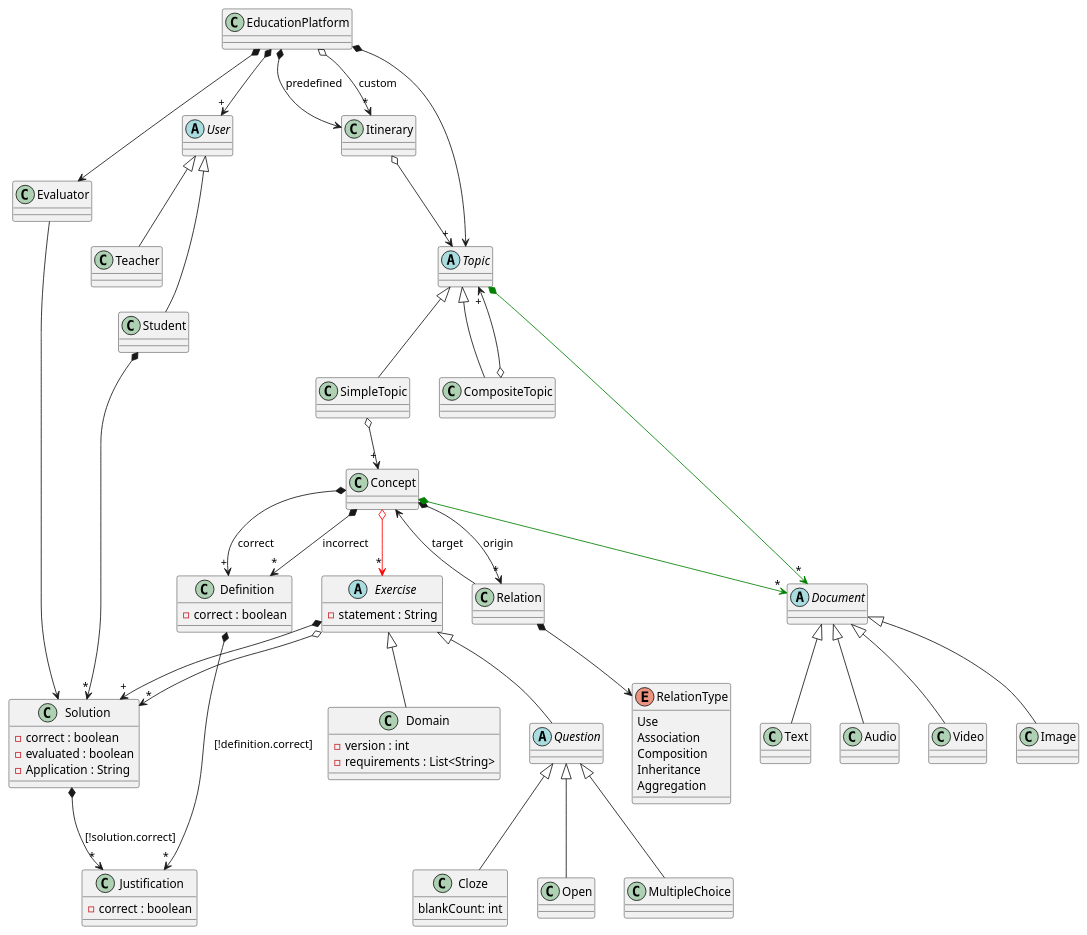
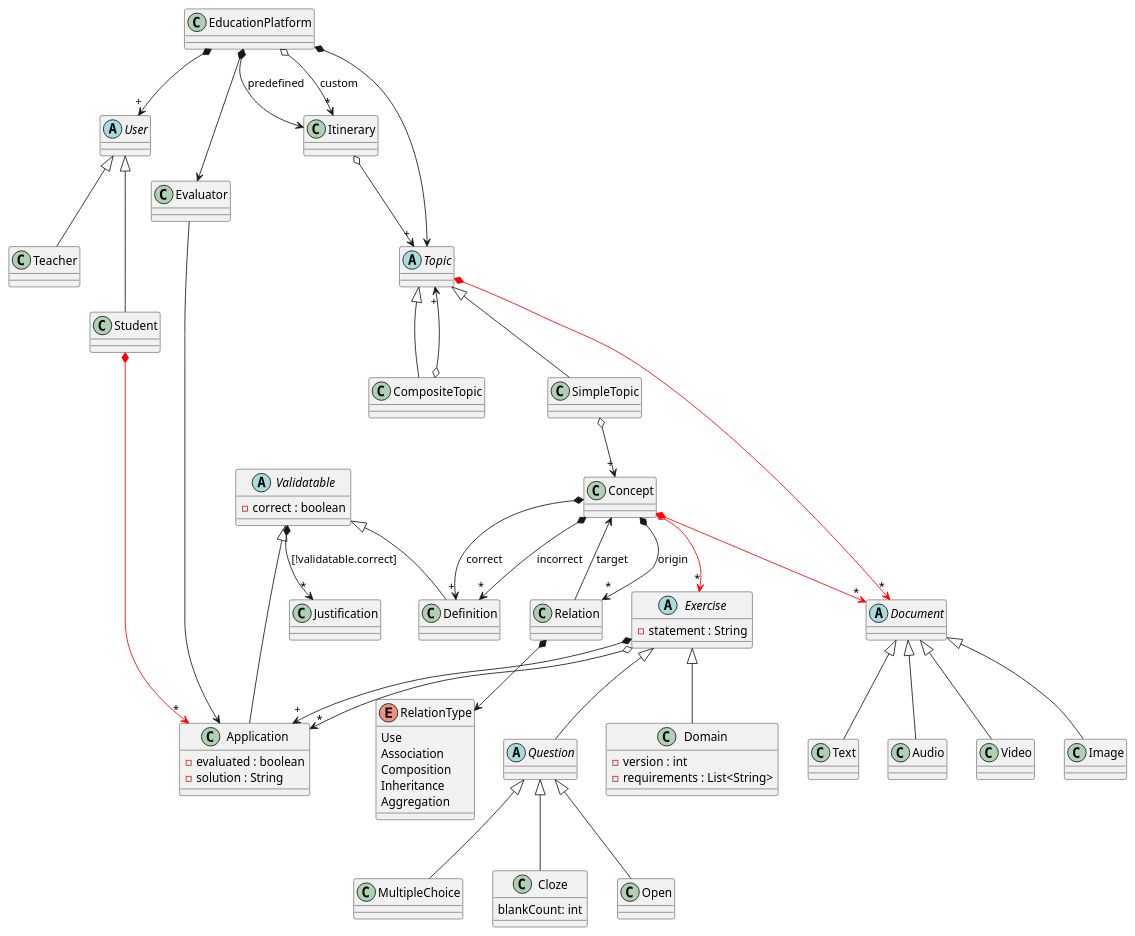
The diagram in Diagrams/EducationPlatform/Domain.puml (jumpering/lab-turing), drawn with PlantUML before and after one commit. The commit also changed 1 other file, not shown here.

```diff
--- a/Diagrams/EducationPlatform/Domain.puml
+++ b/Diagrams/EducationPlatform/Domain.puml
@@ -1,119 +1,124 @@
 @startuml EducationPlatformDomain
 
 EducationPlatform *--> "+" User
 EducationPlatform *--> Topic
 EducationPlatform *--> Itinerary : predefined
 EducationPlatform o--> "*" Itinerary : custom
 EducationPlatform *--> Evaluator
 'EducationPlatform *--> ConceptGraph
 
 abstract User{
 }
 
 User <|-- Teacher
 User <|-- Student
-'User *-->"+" Solution
+'User *-->"+" Application
 
 class Teacher{
 }
 
 class Student{
 }
-Student *--> "*" Solution
+Student *-[#red]-> "*" Application
 'Student --> Itinerary
 
 class Evaluator{
 }
-Evaluator --> Solution
+Evaluator --> Application
 
 class Itinerary {
 }
 Itinerary o--> "+" Topic
 
 class Definition {
-    - correct : boolean
+    '- correct : boolean
 }
-Definition *--> "*" Justification:[!definition.correct]
 
 class Justification {
-    - correct : boolean
+    '- correct : boolean
 }
 
 class Domain {
     - version : int
     - requirements : List<String>
 }
 
 abstract Exercise {
     - statement : String
 }
 Exercise <|-down- Domain
 Exercise <|-down- Question
-Exercise *-->"+" Solution
-Exercise o-->"*" Solution
+Exercise *-->"+" Application
+Exercise o-->"*" Application
 
 abstract Question{
 }
 Question <|-- MultipleChoice
 Question <|-- Cloze
 Question <|-- Open
 
 class Cloze{
     blankCount: int
 }
   
 class MultipleChoice{
 }
 
-class Solution{
+class Application{
+    '- correct : boolean
+    - evaluated : boolean
+    - solution : String
+}
+
+abstract Validatable{
     - correct : boolean
-    - evaluated : boolean
-    - Application : String
 }
-Solution *--> "*" Justification:[!solution.correct]
+Validatable <|-- Application
+Validatable <|-- Definition
+Validatable *--> "*" Justification:[!validatable.correct]
 
 abstract Topic{
 }
-Topic *-[#green]-> "*" Document
+Topic *-[#red]-> "*" Document
 Topic <|-- CompositeTopic
 Topic <|-- SimpleTopic
 
 class SimpleTopic{
 }
 SimpleTopic o--> "+" Concept
 
 class CompositeTopic{
 }
 CompositeTopic o--> "+" Topic
 
 abstract Document{}
 Document <|-- Audio
 Document <|-- Video
 Document <|-- Image
 Document <|-- Text
 
 'class ConceptGraph{
 '}
 'ConceptGraph o--> "+"Concept
 
 class Concept{
 }
 Concept *-down-> "+" Definition : correct
 Concept *-down-> "*" Definition : incorrect
 Concept *-down-> "*" Relation : origin
-Concept *-down[#green]-> "*" Document
+Concept *-down[#red]-> "*" Document
 Concept o-down[#red]-> "*" Exercise
 
 class Relation {
 }
 Relation --> Concept : target
 Relation *-down-> RelationType
 
 enum RelationType {
     Use
     Association
     Composition
     Inheritance
     Aggregation
 } 
 @enduml
```
